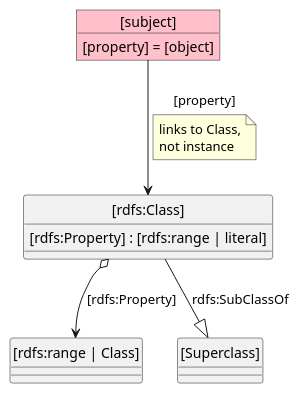
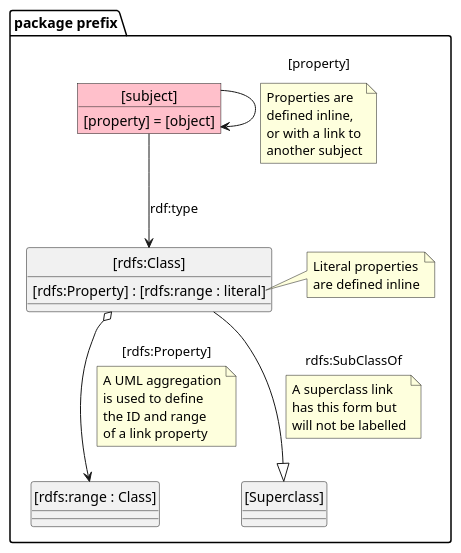
The diagram in design/key.class.puml (m-ld/m-ld-security-spec), drawn with PlantUML before and after one commit. The commit also changed 24 other files, not shown here.

```diff
--- a/design/key.class.puml
+++ b/design/key.class.puml
@@ -1,23 +1,44 @@
 @startuml
 'https://plantuml.com/class-diagram
 hide circle
 
 skinparam object {
   BackgroundColor Pink
 }
 
+package "[package prefix]" {
+
 class "[rdfs:Class]" as class {
-[rdfs:Property] : [rdfs:range | literal]
+[rdfs:Property] : [rdfs:range : literal]
 }
+note right of class::[rdfs:Property]
+Literal properties
+are defined inline
+end note
 object "[subject]" as subject {
 [property] = [object]
 }
-subject --> class : [property]
+subject --> subject : [property]
 note on link
-links to Class,
-not instance
+Properties are
+defined inline,
+or with a link to
+another subject
 end note
-class o--> "[rdfs:range | Class]" : [rdfs:Property]
+subject --> class : rdf:type
+class o--> "[rdfs:range : Class]" : [rdfs:Property]
+note on link
+A UML aggregation
+is used to define
+the ID and range
+of a link property
+end note
 class --|> "[Superclass]" : rdfs:SubClassOf
+note on link
+A superclass link
+has this form but
+will not be labelled
+end note
 
+}
 @enduml
```
